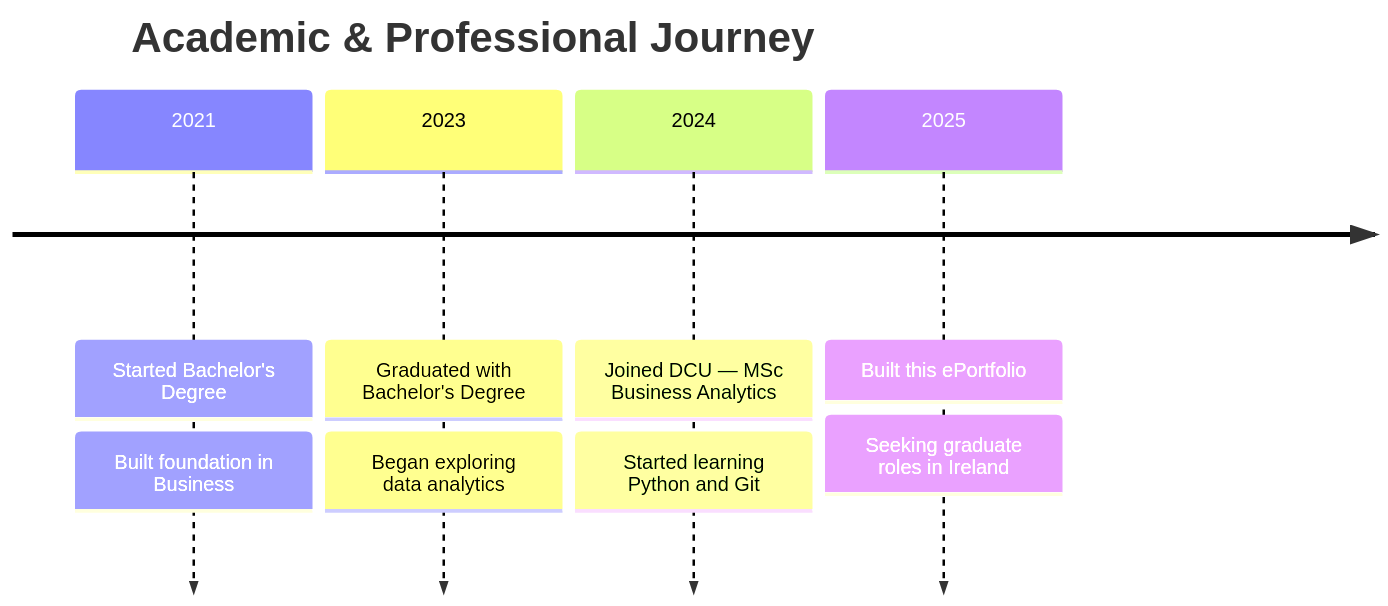
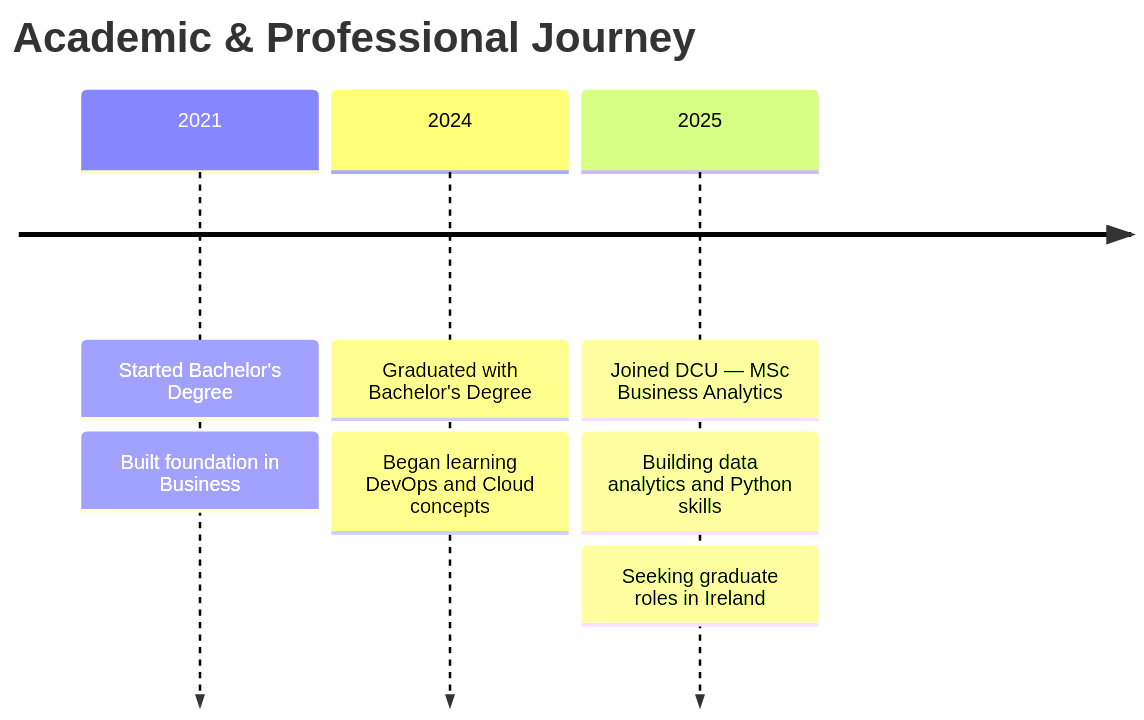
The diagram in about.qmd (gnaneshreddy16-tech/E-Portfolio), drawn with Mermaid before and after one commit. The commit also changed other lines of this file and 7 other files, not shown here.

````diff
--- a/about.qmd
+++ b/about.qmd
@@ -67,12 +76,11 @@
 ```{mermaid}
 timeline
     title Academic & Professional Journey
     2021 : Started Bachelor's Degree
          : Built foundation in Business
-    2023 : Graduated with Bachelor's Degree
-         : Began exploring data analytics
-    2024 : Joined DCU — MSc Business Analytics
-         : Started learning Python and Git
-    2025 : Built this ePortfolio
+    2024 : Graduated with Bachelor's Degree
+         : Began learning DevOps and Cloud concepts
+    2025 : Joined DCU — MSc Business Analytics
+         : Building data analytics and Python skills
          : Seeking graduate roles in Ireland
 ```
````
